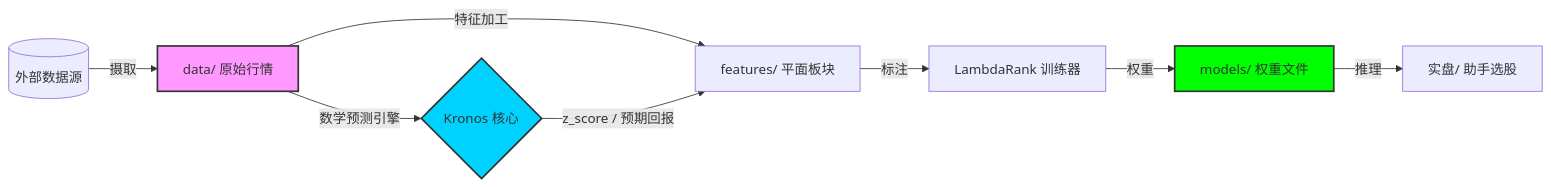
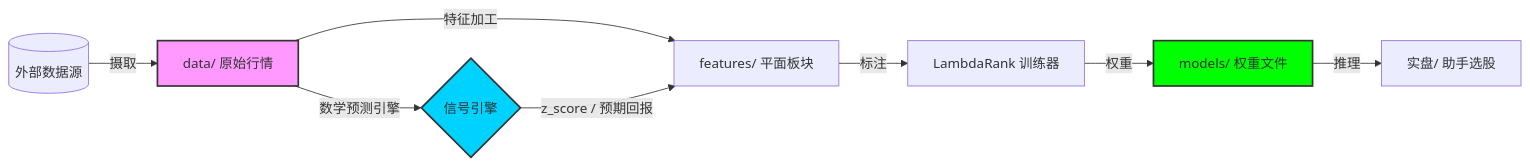
One commit to 20070316lbw-netizen/Liumon changed the second of 2 diagrams in README_zh.md. Above: the diagram before and after it, drawn with Mermaid. The commit also changed other lines of this file and 3 other files, not shown here.

````diff
--- a/README_zh.md
+++ b/README_zh.md
@@ -50,14 +50,14 @@
 ```mermaid
 graph LR
     A[(外部数据源)] -- 摄取 --> B[data/ 原始行情]
     B -- 特征加工 --> C[features/ 平面板块]
-    B -- 数学预测引擎 --> K{Kronos 核心}
+    B -- 数学预测引擎 --> K{信号引擎}
     K -- "z_score / 预期回报" --> C
     C -- 标注 --> D[LambdaRank 训练器]
     D -- 权重 --> E[models/ 权重文件]
     E -- 推理 --> F[实盘/ 助手选股]
     
     style B fill:#f9f,stroke:#333,stroke-width:2px
     style K fill:#00d2ff,stroke:#333,stroke-width:2px
     style E fill:#00ff00,stroke:#333,stroke-width:2px
 ```
````
